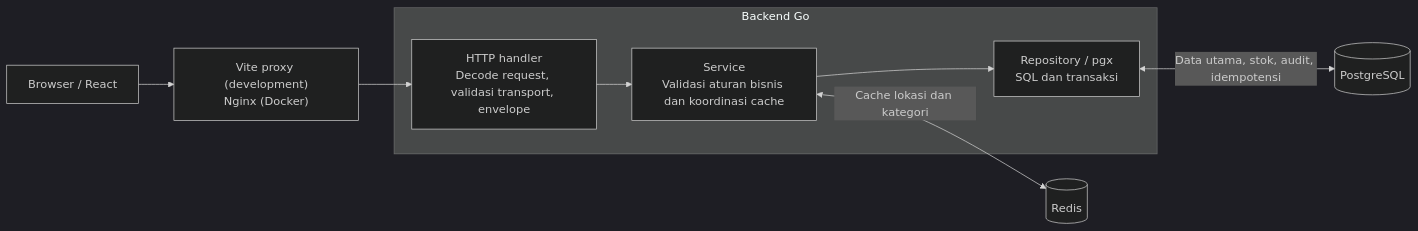
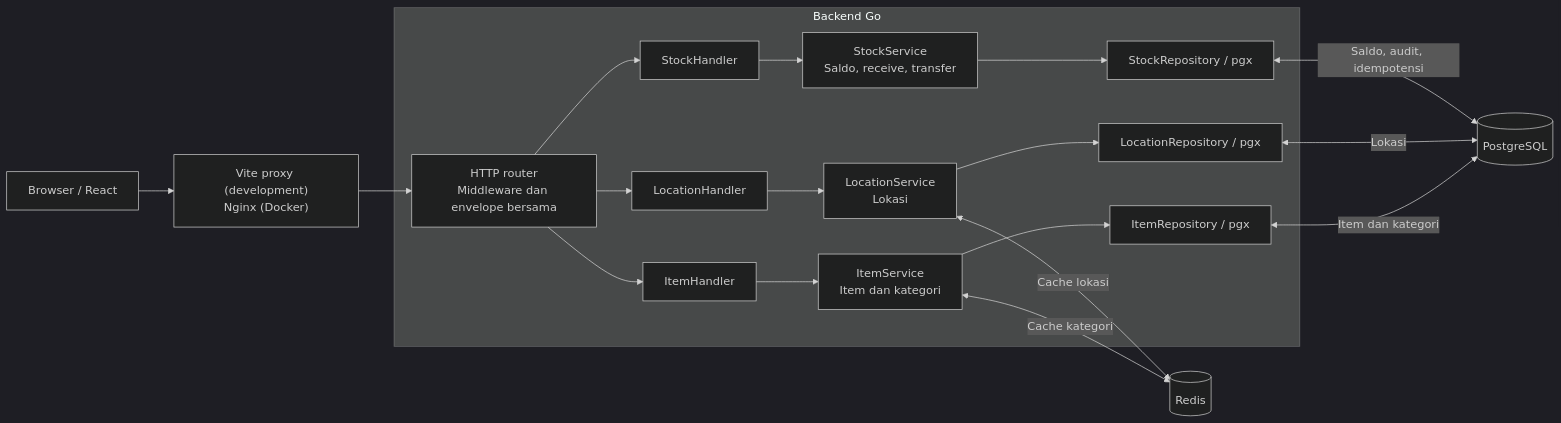
Before and after one commit to nrcfrld/warehouse-test-challenge: the first of 3 diagrams in README.md, drawn with Mermaid (dark theme). The commit also changed other lines of this file and 54 other files, not shown here.

````diff
--- a/README.md
+++ b/README.md
@@ -82,15 +79,27 @@
 ```mermaid
 flowchart LR
     Browser["Browser / React"] --> Proxy["Vite proxy (development)<br/>Nginx (Docker)"]
-    Proxy --> Handler
+    Proxy --> Router
 
     subgraph Backend["Backend Go"]
-        Handler["HTTP handler<br/>Decode request, validasi transport, envelope"]
-        Service["Service<br/>Validasi aturan bisnis dan koordinasi cache"]
-        Repository["Repository / pgx<br/>SQL dan transaksi"]
-        Handler --> Service --> Repository
+        Router["HTTP router<br/>Middleware dan envelope bersama"]
+        ItemHandler["ItemHandler"]
+        LocationHandler["LocationHandler"]
+        StockHandler["StockHandler"]
+        ItemService["ItemService<br/>Item dan kategori"]
+        LocationService["LocationService<br/>Lokasi"]
+        StockService["StockService<br/>Saldo, receive, transfer"]
+        ItemRepository["ItemRepository / pgx"]
+        LocationRepository["LocationRepository / pgx"]
+        StockRepository["StockRepository / pgx"]
+        Router --> ItemHandler --> ItemService --> ItemRepository
+        Router --> LocationHandler --> LocationService --> LocationRepository
+        Router --> StockHandler --> StockService --> StockRepository
     end
 
-    Service <-->|"Cache lokasi dan kategori"| Redis[("Redis")]
-    Repository <-->|"Data utama, stok, audit, idempotensi"| PostgreSQL[("PostgreSQL")]
+    ItemService <-->|"Cache kategori"| Redis[("Redis")]
+    LocationService <-->|"Cache lokasi"| Redis
+    ItemRepository <-->|"Item dan kategori"| PostgreSQL[("PostgreSQL")]
+    LocationRepository <-->|"Lokasi"| PostgreSQL
+    StockRepository <-->|"Saldo, audit, idempotensi"| PostgreSQL
 ```
````
